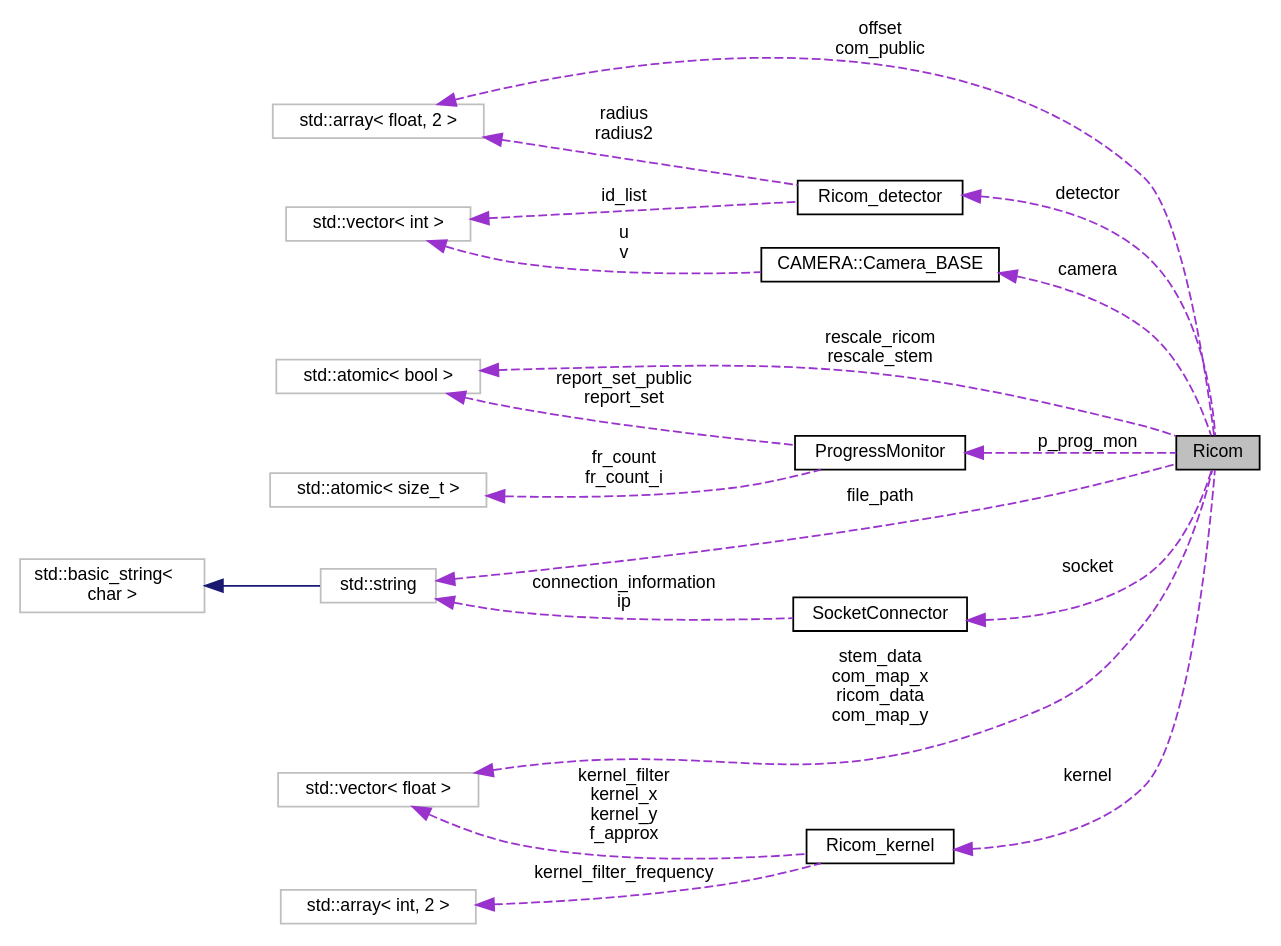
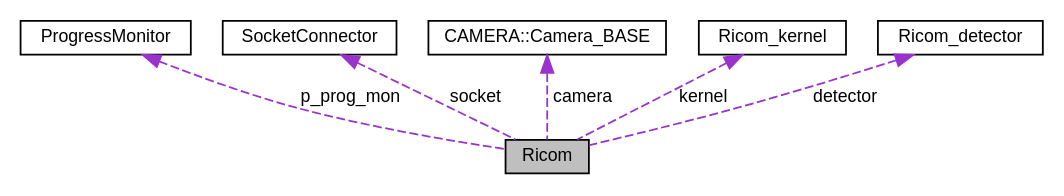
The diagram in d4/d9c/classRicom__coll__graph.dot (ThFriedrich/riCOM_cpp), drawn with Graphviz before and after one commit. The commit also changed 40 other files, not shown here.

```diff
--- a/d4/d9c/classRicom__coll__graph.dot
+++ b/d4/d9c/classRicom__coll__graph.dot
@@ -1,39 +1,17 @@
 digraph "Ricom"
 {
  // LATEX_PDF_SIZE
   edge [fontname="Helvetica",fontsize="10",labelfontname="Helvetica",labelfontsize="10"];
   node [fontname="Helvetica",fontsize="10",shape=record];
-  rankdir="LR";
   Node1 [label="Ricom",height=0.2,width=0.4,color="black", fillcolor="grey75", style="filled", fontcolor="black",tooltip=" "];
-  Node2 -> Node1 [dir="back",color="darkorchid3",fontsize="10",style="dashed",label=" offset\ncom_public" ,fontname="Helvetica"];
-  Node2 [label="std::array\< float, 2 \>",height=0.2,width=0.4,color="grey75", fillcolor="white", style="filled",tooltip=" "];
-  Node3 -> Node1 [dir="back",color="darkorchid3",fontsize="10",style="dashed",label=" p_prog_mon" ,fontname="Helvetica"];
-  Node3 [label="ProgressMonitor",height=0.2,width=0.4,color="black", fillcolor="white", style="filled",URL="$d1/dcc/classProgressMonitor.html",tooltip=" "];
-  Node4 -> Node3 [dir="back",color="darkorchid3",fontsize="10",style="dashed",label=" report_set_public\nreport_set" ,fontname="Helvetica"];
-  Node4 [label="std::atomic\< bool \>",height=0.2,width=0.4,color="grey75", fillcolor="white", style="filled",tooltip=" "];
-  Node5 -> Node3 [dir="back",color="darkorchid3",fontsize="10",style="dashed",label=" fr_count\nfr_count_i" ,fontname="Helvetica"];
-  Node5 [label="std::atomic\< size_t \>",height=0.2,width=0.4,color="grey75", fillcolor="white", style="filled",tooltip=" "];
-  Node4 -> Node1 [dir="back",color="darkorchid3",fontsize="10",style="dashed",label=" rescale_ricom\nrescale_stem" ,fontname="Helvetica"];
-  Node6 -> Node1 [dir="back",color="darkorchid3",fontsize="10",style="dashed",label=" socket" ,fontname="Helvetica"];
-  Node6 [label="SocketConnector",height=0.2,width=0.4,color="black", fillcolor="white", style="filled",URL="$d7/d76/classSocketConnector.html",tooltip=" "];
-  Node7 -> Node6 [dir="back",color="darkorchid3",fontsize="10",style="dashed",label=" connection_information\nip" ,fontname="Helvetica"];
-  Node7 [label="std::string",height=0.2,width=0.4,color="grey75", fillcolor="white", style="filled",tooltip="STL class."];
-  Node8 -> Node7 [dir="back",color="midnightblue",fontsize="10",style="solid",fontname="Helvetica"];
-  Node8 [label="std::basic_string\<\l char \>",height=0.2,width=0.4,color="grey75", fillcolor="white", style="filled",tooltip="STL class."];
-  Node9 -> Node1 [dir="back",color="darkorchid3",fontsize="10",style="dashed",label=" camera" ,fontname="Helvetica"];
-  Node9 [label="CAMERA::Camera_BASE",height=0.2,width=0.4,color="black", fillcolor="white", style="filled",URL="$d3/d29/classCAMERA_1_1Camera__BASE.html",tooltip=" "];
-  Node10 -> Node9 [dir="back",color="darkorchid3",fontsize="10",style="dashed",label=" u\nv" ,fontname="Helvetica"];
-  Node10 [label="std::vector\< int \>",height=0.2,width=0.4,color="grey75", fillcolor="white", style="filled",tooltip=" "];
-  Node7 -> Node1 [dir="back",color="darkorchid3",fontsize="10",style="dashed",label=" file_path" ,fontname="Helvetica"];
-  Node11 -> Node1 [dir="back",color="darkorchid3",fontsize="10",style="dashed",label=" stem_data\ncom_map_x\nricom_data\ncom_map_y" ,fontname="Helvetica"];
-  Node11 [label="std::vector\< float \>",height=0.2,width=0.4,color="grey75", fillcolor="white", style="filled",tooltip=" "];
-  Node12 -> Node1 [dir="back",color="darkorchid3",fontsize="10",style="dashed",label=" kernel" ,fontname="Helvetica"];
-  Node12 [label="Ricom_kernel",height=0.2,width=0.4,color="black", fillcolor="white", style="filled",URL="$de/d71/classRicom__kernel.html",tooltip=" "];
-  Node13 -> Node12 [dir="back",color="darkorchid3",fontsize="10",style="dashed",label=" kernel_filter_frequency" ,fontname="Helvetica"];
-  Node13 [label="std::array\< int, 2 \>",height=0.2,width=0.4,color="grey75", fillcolor="white", style="filled",tooltip=" "];
-  Node11 -> Node12 [dir="back",color="darkorchid3",fontsize="10",style="dashed",label=" kernel_filter\nkernel_x\nkernel_y\nf_approx" ,fontname="Helvetica"];
-  Node14 -> Node1 [dir="back",color="darkorchid3",fontsize="10",style="dashed",label=" detector" ,fontname="Helvetica"];
-  Node14 [label="Ricom_detector",height=0.2,width=0.4,color="black", fillcolor="white", style="filled",URL="$d6/da7/classRicom__detector.html",tooltip=" "];
-  Node2 -> Node14 [dir="back",color="darkorchid3",fontsize="10",style="dashed",label=" radius\nradius2" ,fontname="Helvetica"];
-  Node10 -> Node14 [dir="back",color="darkorchid3",fontsize="10",style="dashed",label=" id_list" ,fontname="Helvetica"];
+  Node2 -> Node1 [dir="back",color="darkorchid3",fontsize="10",style="dashed",label=" p_prog_mon" ,fontname="Helvetica"];
+  Node2 [label="ProgressMonitor",height=0.2,width=0.4,color="black", fillcolor="white", style="filled",URL="$d1/dcc/classProgressMonitor.html",tooltip=" "];
+  Node3 -> Node1 [dir="back",color="darkorchid3",fontsize="10",style="dashed",label=" socket" ,fontname="Helvetica"];
+  Node3 [label="SocketConnector",height=0.2,width=0.4,color="black", fillcolor="white", style="filled",URL="$d7/d76/classSocketConnector.html",tooltip=" "];
+  Node4 -> Node1 [dir="back",color="darkorchid3",fontsize="10",style="dashed",label=" camera" ,fontname="Helvetica"];
+  Node4 [label="CAMERA::Camera_BASE",height=0.2,width=0.4,color="black", fillcolor="white", style="filled",URL="$d3/d29/classCAMERA_1_1Camera__BASE.html",tooltip=" "];
+  Node5 -> Node1 [dir="back",color="darkorchid3",fontsize="10",style="dashed",label=" kernel" ,fontname="Helvetica"];
+  Node5 [label="Ricom_kernel",height=0.2,width=0.4,color="black", fillcolor="white", style="filled",URL="$de/d71/classRicom__kernel.html",tooltip=" "];
+  Node6 -> Node1 [dir="back",color="darkorchid3",fontsize="10",style="dashed",label=" detector" ,fontname="Helvetica"];
+  Node6 [label="Ricom_detector",height=0.2,width=0.4,color="black", fillcolor="white", style="filled",URL="$d6/da7/classRicom__detector.html",tooltip=" "];
 }
```
